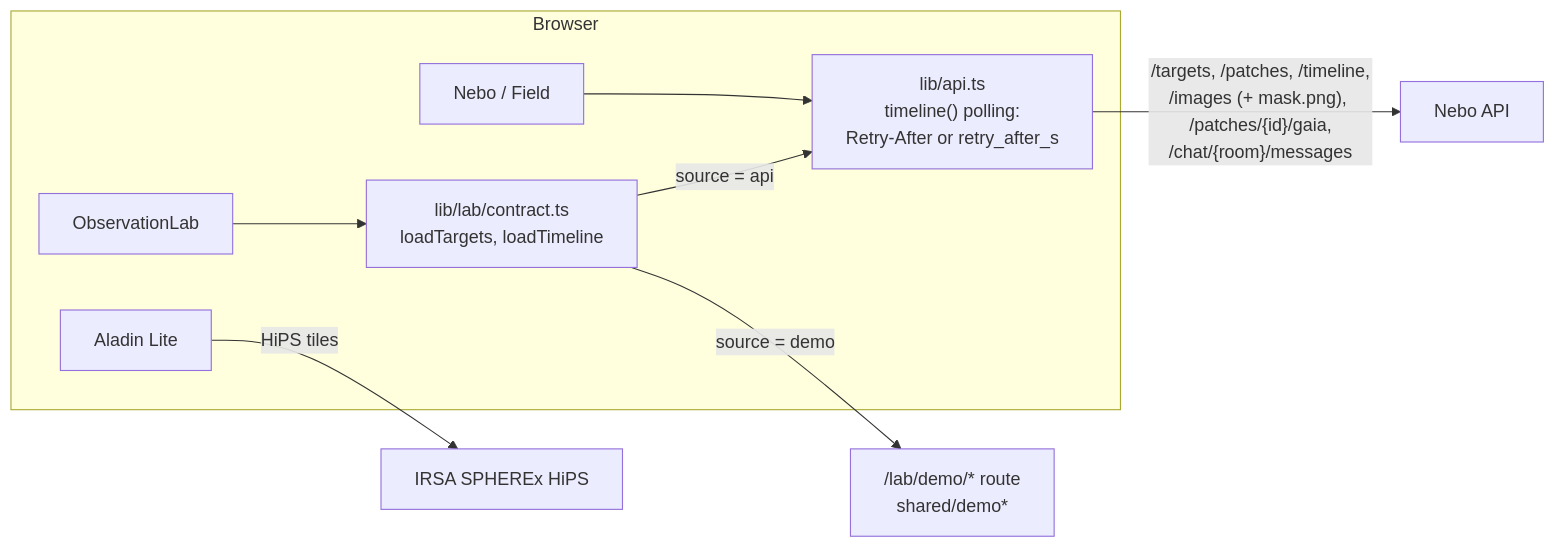
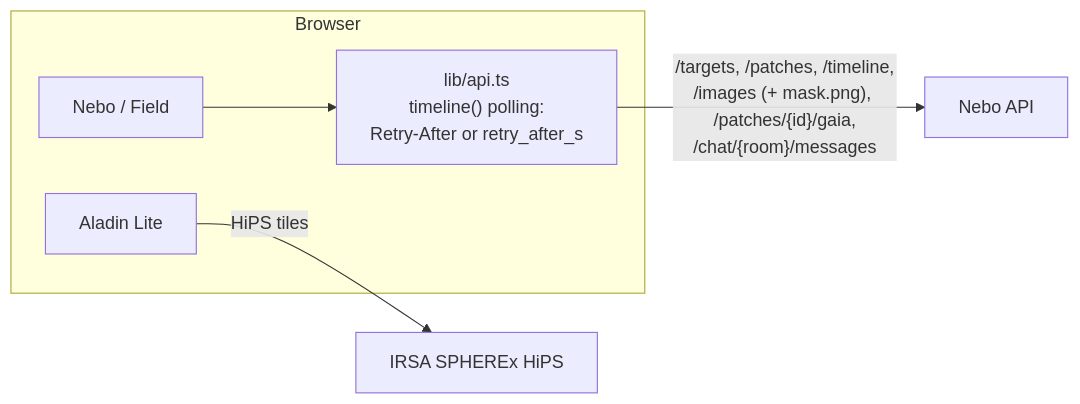
Before and after one commit to toroc07/nebo-app: the tenth of 10 diagrams in docs/architecture.md, drawn with Mermaid. The commit also changed other lines of this file and 30 other files, not shown here.

````diff
--- a/docs/architecture.md
+++ b/docs/architecture.md
@@ -493,16 +489,11 @@
 ```mermaid
 flowchart LR
   subgraph browser["Browser"]
     nebo["Nebo / Field"]
-    lab["ObservationLab"]
     api_ts["lib/api.ts<br/>timeline() polling:<br/>Retry-After or retry_after_s"]
-    contract["lib/lab/contract.ts<br/>loadTargets, loadTimeline"]
     aladin["Aladin Lite"]
   end
   nebo --> api_ts
-  lab --> contract
-  contract -- "source = api" --> api_ts
-  contract -- "source = demo" --> demo["/lab/demo/* route<br/>shared/demo*"]
   api_ts -- "/targets, /patches, /timeline,<br/>/images (+ mask.png), /patches/{id}/gaia,<br/>/chat/{room}/messages" --> api["Nebo API"]
   aladin -- "HiPS tiles" --> hips["IRSA SPHEREx HiPS"]
 ```
````
